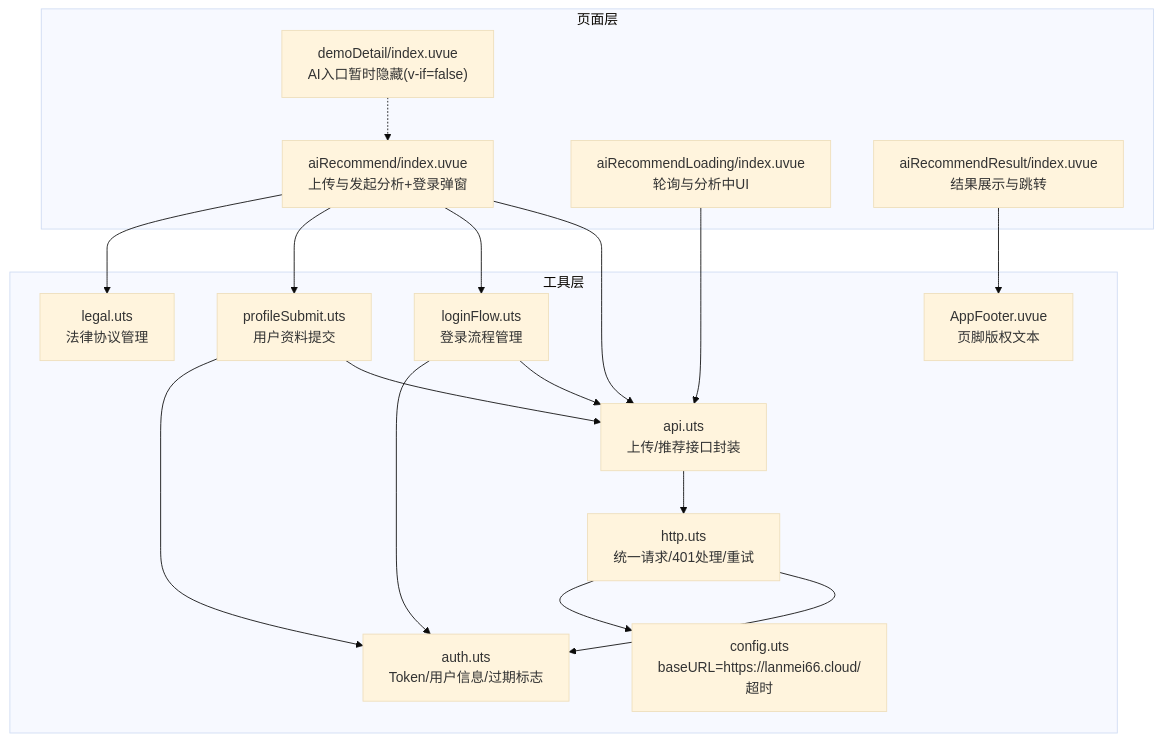
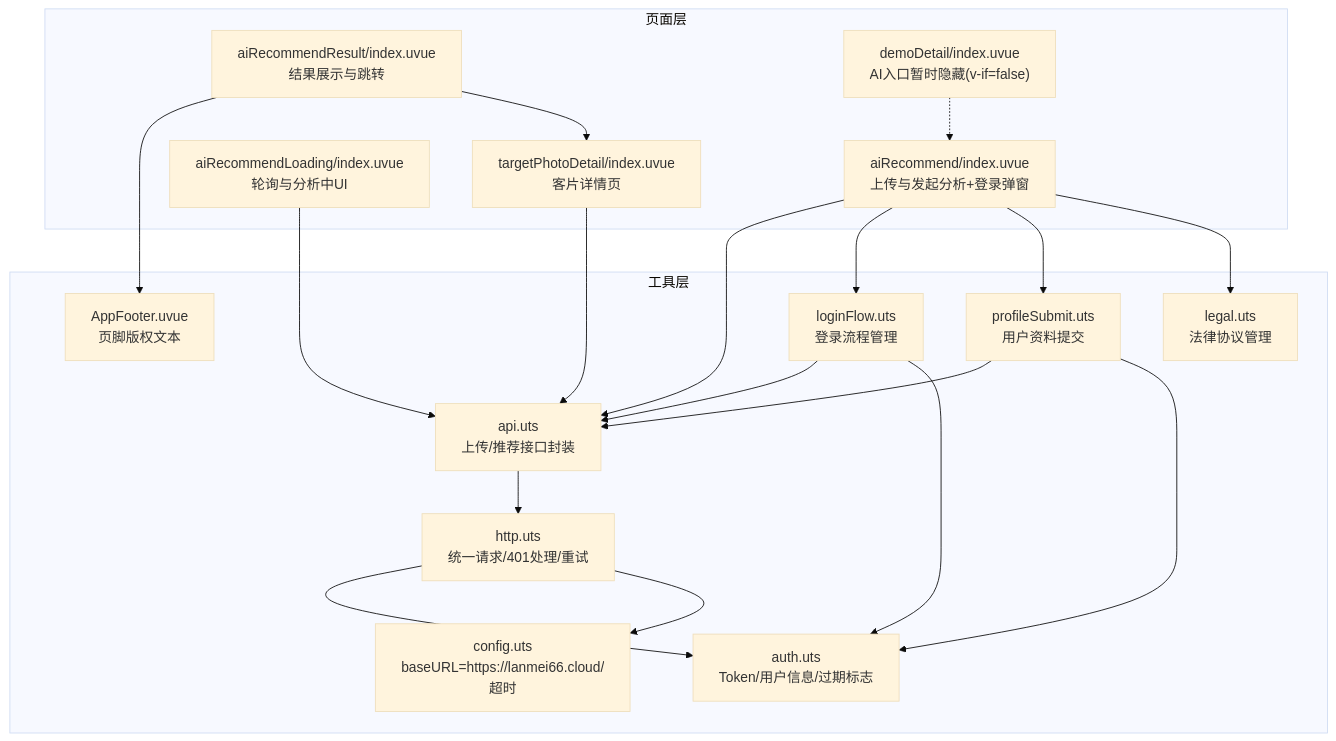
Before and after one commit to crazyma99/blueberry: the first of 3 diagrams in .qoder/repowiki/zh/content/核心功能模块/AI服装推荐功能.md, drawn with Mermaid (base theme). The commit also changed other lines of this file and 10 other files, not shown here.

````diff
--- a/.qoder/repowiki/zh/content/核心功能模块/AI服装推荐功能.md
+++ b/.qoder/repowiki/zh/content/核心功能模块/AI服装推荐功能.md
@@ -46,33 +51,36 @@
 ```mermaid
 graph TB
 subgraph "页面层"
 A["aiRecommend/index.uvue<br/>上传与发起分析+登录弹窗"]
 B["aiRecommendLoading/index.uvue<br/>轮询与分析中UI"]
 C["aiRecommendResult/index.uvue<br/>结果展示与跳转"]
-D["demoDetail/index.uvue<br/>AI入口暂时隐藏(v-if=false)"]
+D["targetPhotoDetail/index.uvue<br/>客片详情页"]
+E["demoDetail/index.uvue<br/>AI入口暂时隐藏(v-if=false)"]
 end
 subgraph "工具层"
-E["api.uts<br/>上传/推荐接口封装"]
-F["http.uts<br/>统一请求/401处理/重试"]
-G["auth.uts<br/>Token/用户信息/过期标志"]
-H["config.uts<br/>baseURL=https://lanmei66.cloud/超时"]
-I["loginFlow.uts<br/>登录流程管理"]
-J["profileSubmit.uts<br/>用户资料提交"]
-K["legal.uts<br/>法律协议管理"]
-L["AppFooter.uvue<br/>页脚版权文本"]
+F["api.uts<br/>上传/推荐接口封装"]
+G["http.uts<br/>统一请求/401处理/重试"]
+H["auth.uts<br/>Token/用户信息/过期标志"]
+I["config.uts<br/>baseURL=https://lanmei66.cloud/超时"]
+J["loginFlow.uts<br/>登录流程管理"]
+K["profileSubmit.uts<br/>用户资料提交"]
+L["legal.uts<br/>法律协议管理"]
+M["AppFooter.uvue<br/>页脚版权文本"]
 end
-A --> E
-A --> I
+A --> F
 A --> J
 A --> K
-B --> E
-C --> L
-E --> F
+A --> L
+B --> F
+C --> M
+C --> D
+D --> F
+E -.-> A
 F --> G
-F --> H
-I --> E
-I --> G
-J --> E
-J --> G
-D -.-> A
+G --> H
+G --> I
+J --> F
+J --> H
+K --> F
+K --> H
 ```
````
